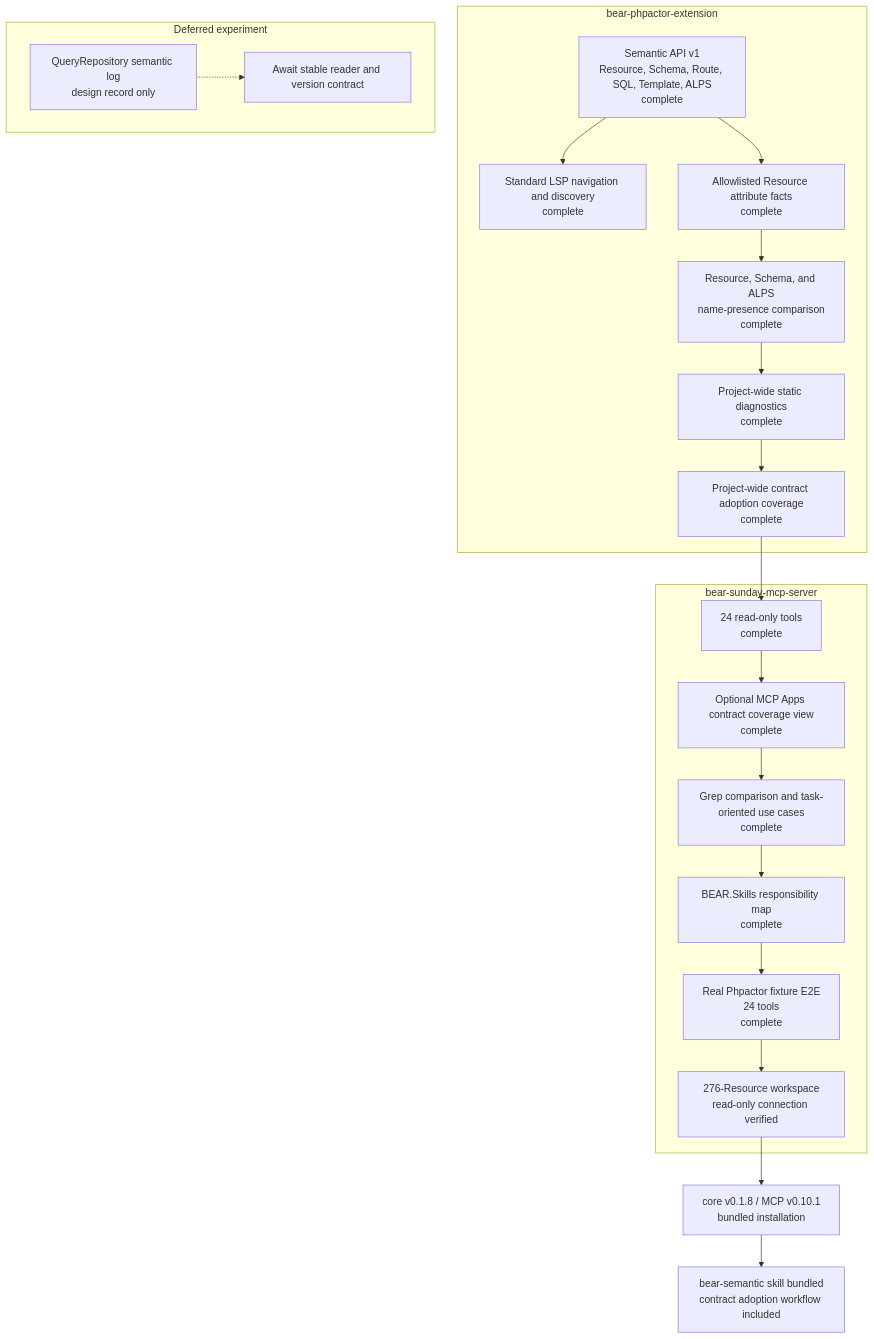
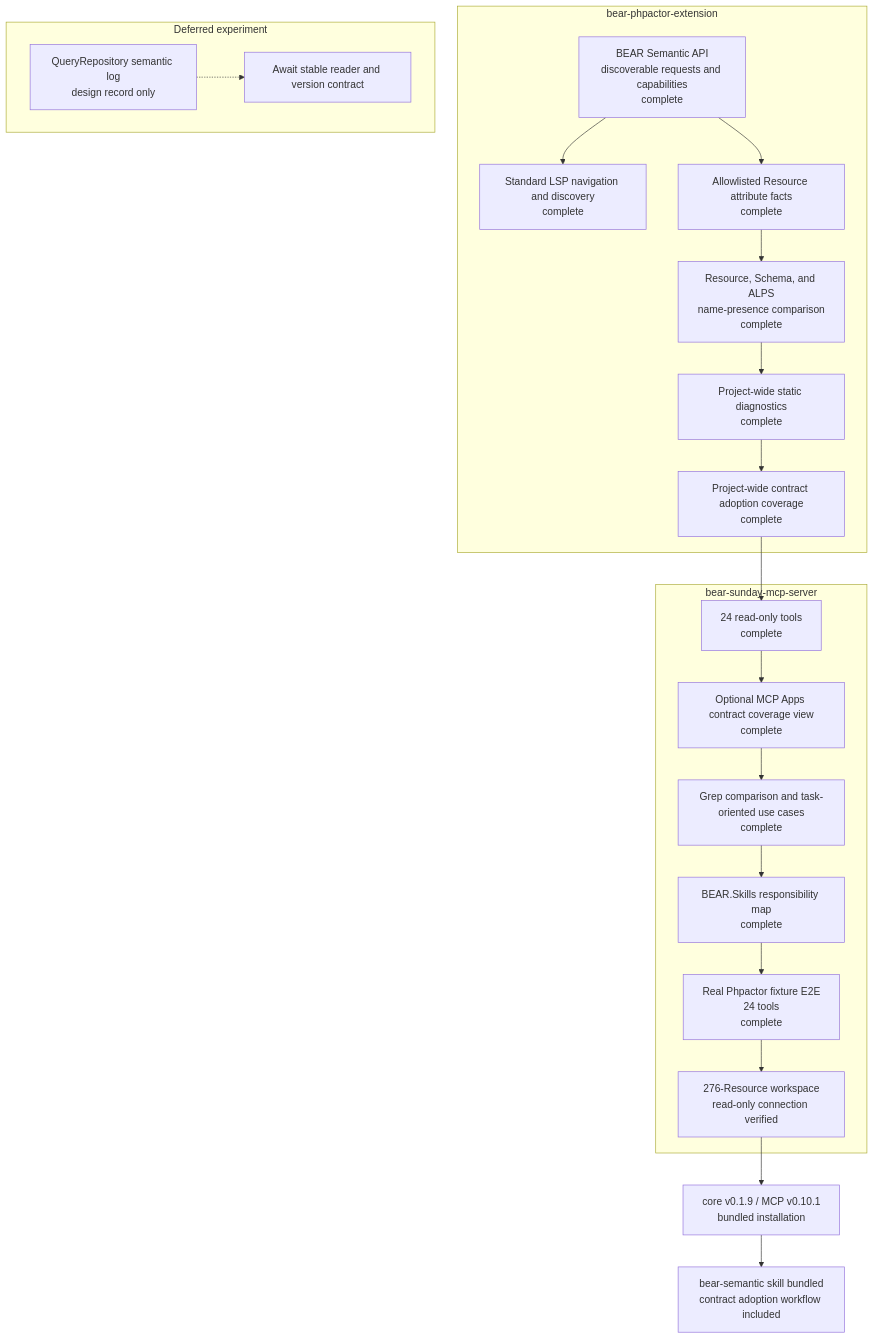
One commit to suzumaze/bear-sunday-mcp-server changed the diagram in docs/project-status.md. Above: the diagram before and after it, drawn with Mermaid. The commit also changed other lines of this file and 17 other files, not shown here.

````diff
--- a/docs/project-status.md
+++ b/docs/project-status.md
@@ -9,34 +9,34 @@
 ```mermaid
 flowchart TB
     subgraph Core["bear-phpactor-extension"]
-        C1["Semantic API v1<br/>Resource, Schema, Route, SQL, Template, ALPS<br/>complete"]
+        C1["BEAR Semantic API<br/>discoverable requests and capabilities<br/>complete"]
         C2["Standard LSP navigation and discovery<br/>complete"]
         C3["Allowlisted Resource attribute facts<br/>complete"]
         C4["Resource, Schema, and ALPS<br/>name-presence comparison<br/>complete"]
         C5["Project-wide static diagnostics<br/>complete"]
         C6["Project-wide contract adoption coverage<br/>complete"]
         C1 --> C2
         C1 --> C3 --> C4 --> C5 --> C6
     end
 
     subgraph MCP["bear-sunday-mcp-server"]
         M1["24 read-only tools<br/>complete"]
         M0["Optional MCP Apps contract coverage view<br/>complete"]
         M2["Grep comparison and task-oriented use cases<br/>complete"]
         M3["BEAR.Skills responsibility map<br/>complete"]
         M4["Real Phpactor fixture E2E<br/>24 tools<br/>complete"]
         M5["276-Resource workspace<br/>read-only connection verified"]
         M1 --> M0 --> M2 --> M3 --> M4 --> M5
     end
 
     C6 --> M1
 
     subgraph Deferred["Deferred experiment"]
         D1["QueryRepository semantic log<br/>design record only"]
         D2["Await stable reader and version contract"]
         D1 -.-> D2
     end
 
-    M5 --> R1["core v0.1.8 / MCP v0.10.1<br/>bundled installation"]
+    M5 --> R1["core v0.1.9 / MCP v0.10.1<br/>bundled installation"]
     R1 --> S1["bear-semantic skill bundled<br/>contract adoption workflow included"]
 ```
````
